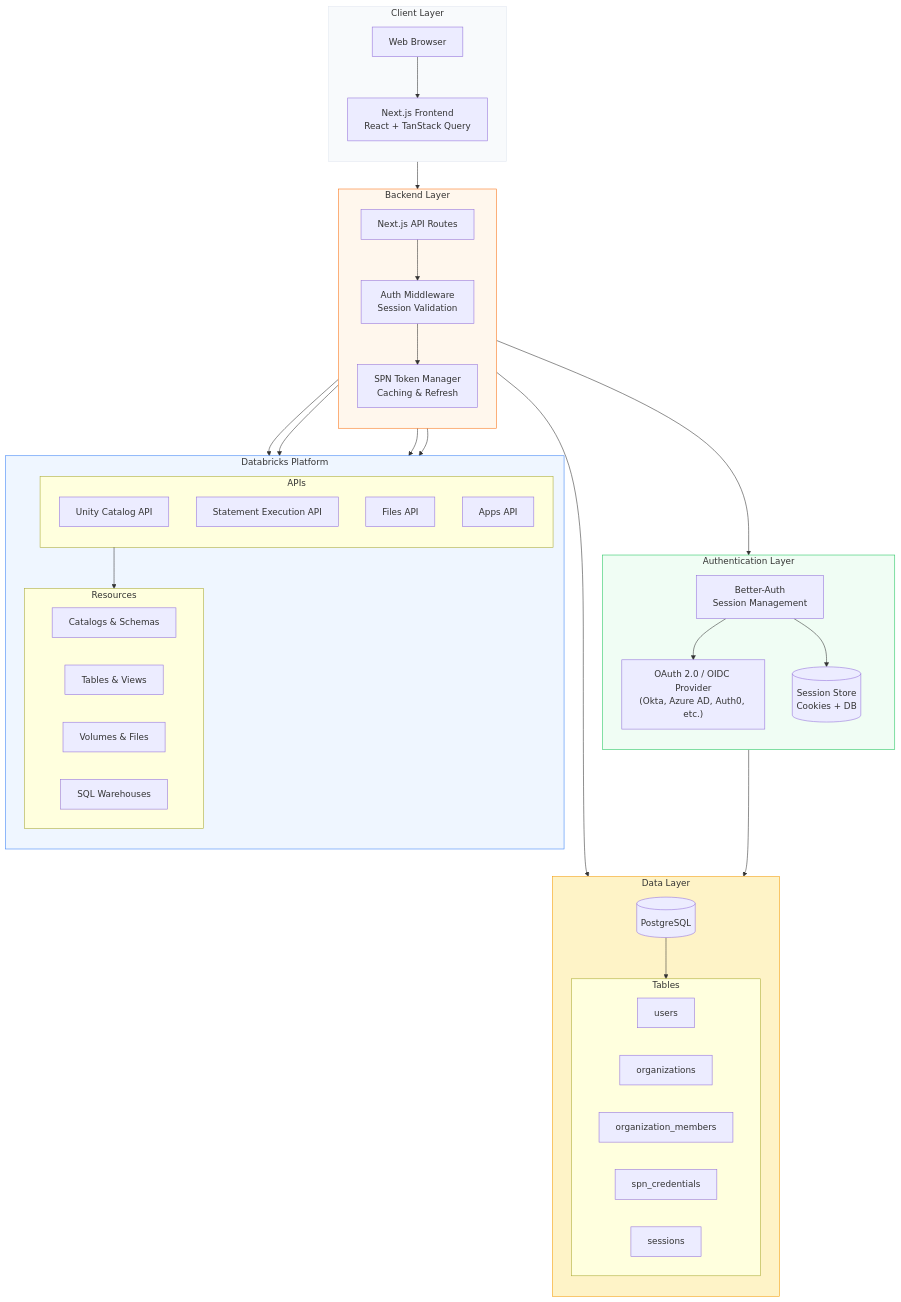
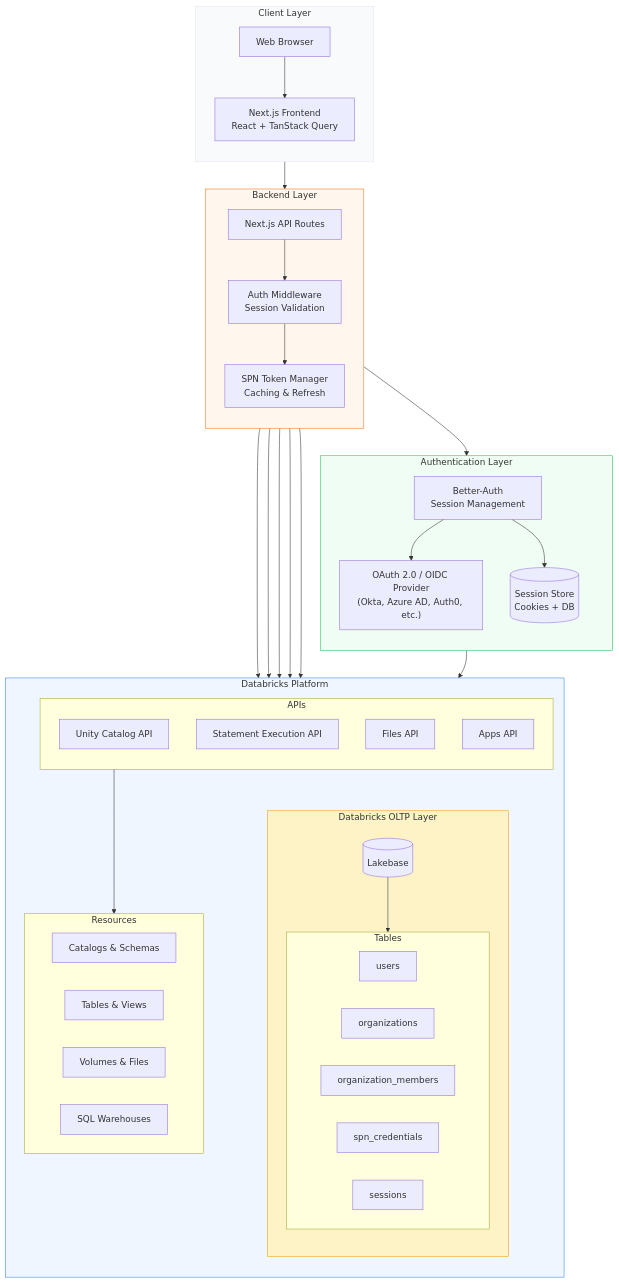
The diagram in public/architecture/overview/02-detailed-architecture.mermaid (databrickslabs/firefly), drawn with Mermaid before and after one commit. The commit also changed 15 other files, not shown here.

```diff
--- a/public/architecture/overview/02-detailed-architecture.mermaid
+++ b/public/architecture/overview/02-detailed-architecture.mermaid
@@ -1,70 +1,71 @@
 flowchart TB
     subgraph Client["Client Layer"]
         direction TB
         Browser["Web Browser"]
         FE["Next.js Frontend<br/>React + TanStack Query"]
         Browser --> FE
     end
 
     subgraph Auth["Authentication Layer"]
         direction TB
         OIDC["OAuth 2.0 / OIDC Provider<br/>(Okta, Azure AD, Auth0, etc.)"]
         BAuth["Better-Auth<br/>Session Management"]
         Sessions[("Session Store<br/>Cookies + DB")]
     end
 
     subgraph Backend["Backend Layer"]
         direction TB
         Routes["Next.js API Routes"]
         Middleware["Auth Middleware<br/>Session Validation"]
         SPNMgr["SPN Token Manager<br/>Caching & Refresh"]
     end
 
-    subgraph Storage["Data Layer"]
-        direction TB
-        PG[("PostgreSQL")]
-        subgraph PGTables["Tables"]
-            Users["users"]
-            Orgs["organizations"]
-            OrgMembers["organization_members"]
-            SPNs["spn_credentials"]
-            SessionsT["sessions"]
-        end
-        PG --> PGTables
-    end
-
     subgraph Databricks["Databricks Platform"]
         direction TB
+        subgraph Storage["Databricks OLTP Layer"]
+            direction TB
+            PG[("Lakebase")]
+            subgraph PGTables["Tables"]
+                direction LR
+                Users["users"]
+                Orgs["organizations"]
+                OrgMembers["organization_members"]
+                SPNs["spn_credentials"]
+                SessionsT["sessions"]
+            end
+            PG --> PGTables
+        end
         subgraph APIs["APIs"]
             UCApi["Unity Catalog API"]
             SQLApi["Statement Execution API"]
             DBFSApi["Files API"]
             AppsApi["Apps API"]
         end
         subgraph Resources["Resources"]
+            direction LR
             Catalogs["Catalogs & Schemas"]
             Tables["Tables & Views"]
             Volumes["Volumes & Files"]
             Warehouses["SQL Warehouses"]
         end
         APIs --> Resources
     end
 
     FE --> Routes
     Routes --> Middleware
     Middleware --> BAuth
     BAuth --> OIDC
     BAuth --> Sessions
     Sessions --> PG
     Middleware --> SPNMgr
     SPNMgr --> PG
     SPNMgr --> UCApi
     SPNMgr --> SQLApi
     SPNMgr --> DBFSApi
     SPNMgr --> AppsApi
 
     style Client fill:#f8fafc,stroke:#e2e8f0
     style Auth fill:#f0fdf4,stroke:#22c55e
     style Backend fill:#fff7ed,stroke:#f97316
     style Storage fill:#fef3c7,stroke:#f59e0b
     style Databricks fill:#eff6ff,stroke:#3b82f6
```
